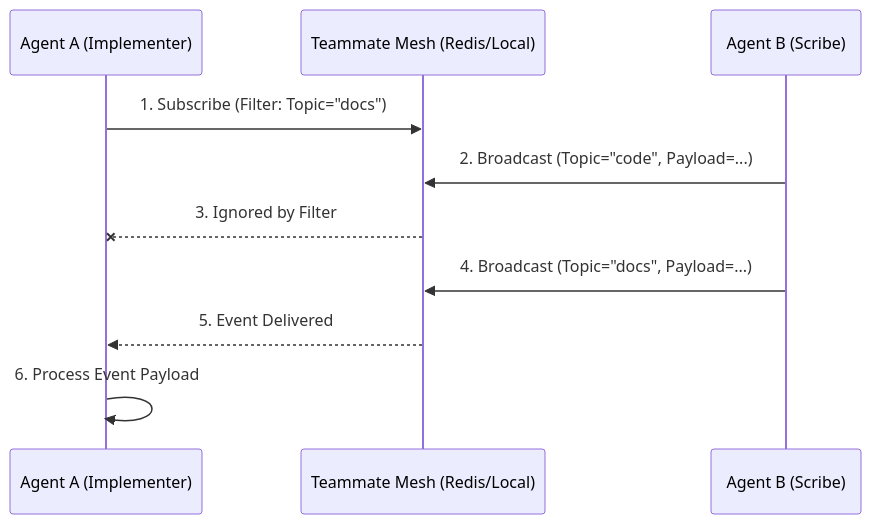
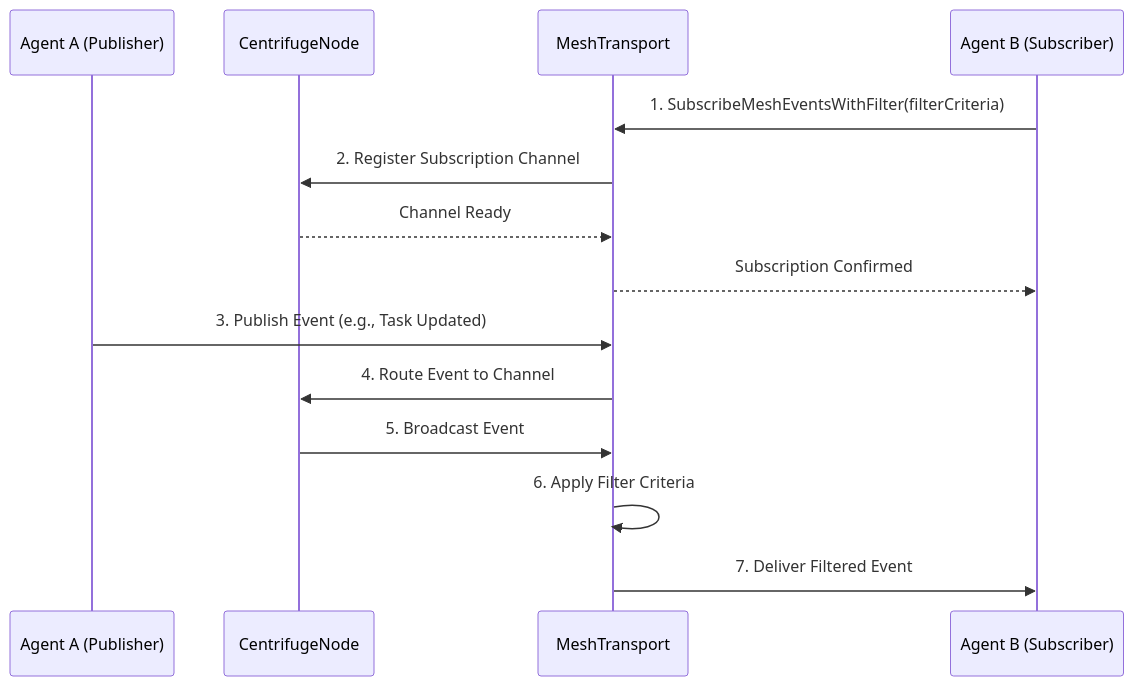
Before and after one commit to omnisolo-llc/onehumancorp: the first of 2 diagrams in docs/technical/walkthroughs/teammate_mesh.md, drawn with Mermaid. The commit also changed other lines of this file and 2 other files, not shown here.

First line of the commit message:
docs: Add Teammate Mesh visual walkthrough (#6923)

````diff
--- a/docs/technical/walkthroughs/teammate_mesh.md
+++ b/docs/technical/walkthroughs/teammate_mesh.md
@@ -15,13 +15,18 @@
 ```mermaid
 sequenceDiagram
-    participant AgentA as Agent A (Implementer)
-    participant Mesh as Teammate Mesh (Redis/Local)
-    participant AgentB as Agent B (Scribe)
+    participant AgentA as Agent A (Publisher)
+    participant Centrifuge as CentrifugeNode
+    participant Mesh as MeshTransport
+    participant AgentB as Agent B (Subscriber)
 
-    AgentA->>Mesh: 1. Subscribe (Filter: Topic="docs")
-    AgentB->>Mesh: 2. Broadcast (Topic="code", Payload=...)
-    Mesh--xAgentA: 3. Ignored by Filter
-    AgentB->>Mesh: 4. Broadcast (Topic="docs", Payload=...)
-    Mesh-->>AgentA: 5. Event Delivered
-    AgentA->>AgentA: 6. Process Event Payload
+    AgentB->>Mesh: 1. SubscribeMeshEventsWithFilter(filterCriteria)
+    Mesh->>Centrifuge: 2. Register Subscription Channel
+    Centrifuge-->>Mesh: Channel Ready
+    Mesh-->>AgentB: Subscription Confirmed
+
+    AgentA->>Mesh: 3. Publish Event (e.g., Task Updated)
+    Mesh->>Centrifuge: 4. Route Event to Channel
+    Centrifuge->>Mesh: 5. Broadcast Event
+    Mesh->>Mesh: 6. Apply Filter Criteria
+    Mesh->>AgentB: 7. Deliver Filtered Event
 ```
````
